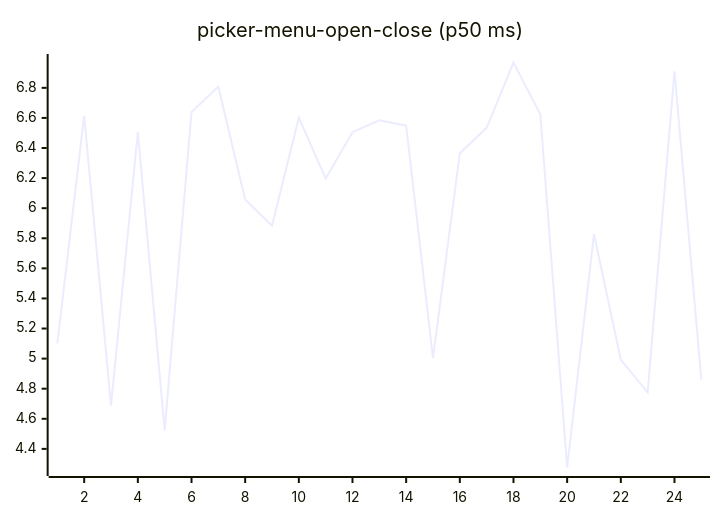
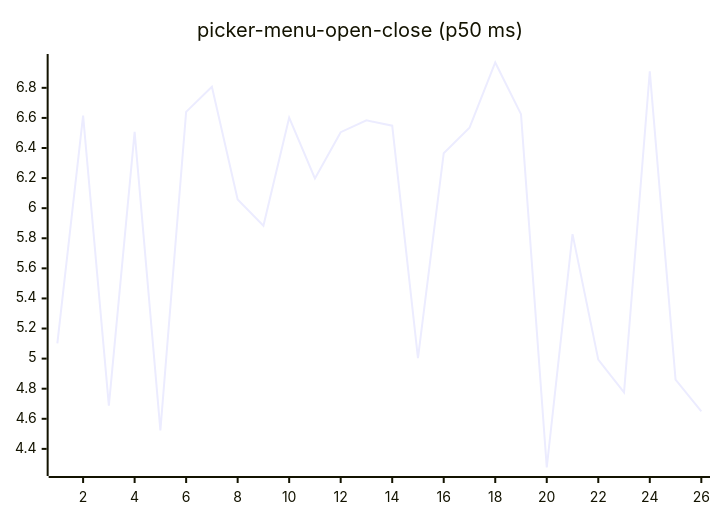
One commit to josha/Facet changed diagram 16 of 27 in README.md. Above: the diagram before and after it, drawn with Mermaid. The commit also changed other lines of this file and 2 other files, not shown here.

````diff
--- a/README.md
+++ b/README.md
@@ -168,6 +168,6 @@
 ```mermaid
 xychart-beta
     title "picker-menu-open-close (p50 ms)"
-    x-axis 1 --> 25
-    line [5.1020, 6.6154, 4.6873, 6.5076, 4.5232, 6.6400, 6.8077, 6.0581, 5.8829, 6.6018, 6.1978, 6.5053, 6.5840, 6.5483, 5.0039, 6.3653, 6.5343, 6.9684, 6.6249, 4.2762, 5.8275, 4.9929, 4.7749, 6.9094, 4.8605]
+    x-axis 1 --> 26
+    line [5.1020, 6.6154, 4.6873, 6.5076, 4.5232, 6.6400, 6.8077, 6.0581, 5.8829, 6.6018, 6.1978, 6.5053, 6.5840, 6.5483, 5.0039, 6.3653, 6.5343, 6.9684, 6.6249, 4.2762, 5.8275, 4.9929, 4.7749, 6.9094, 4.8605, 4.6493]
 ```
````
